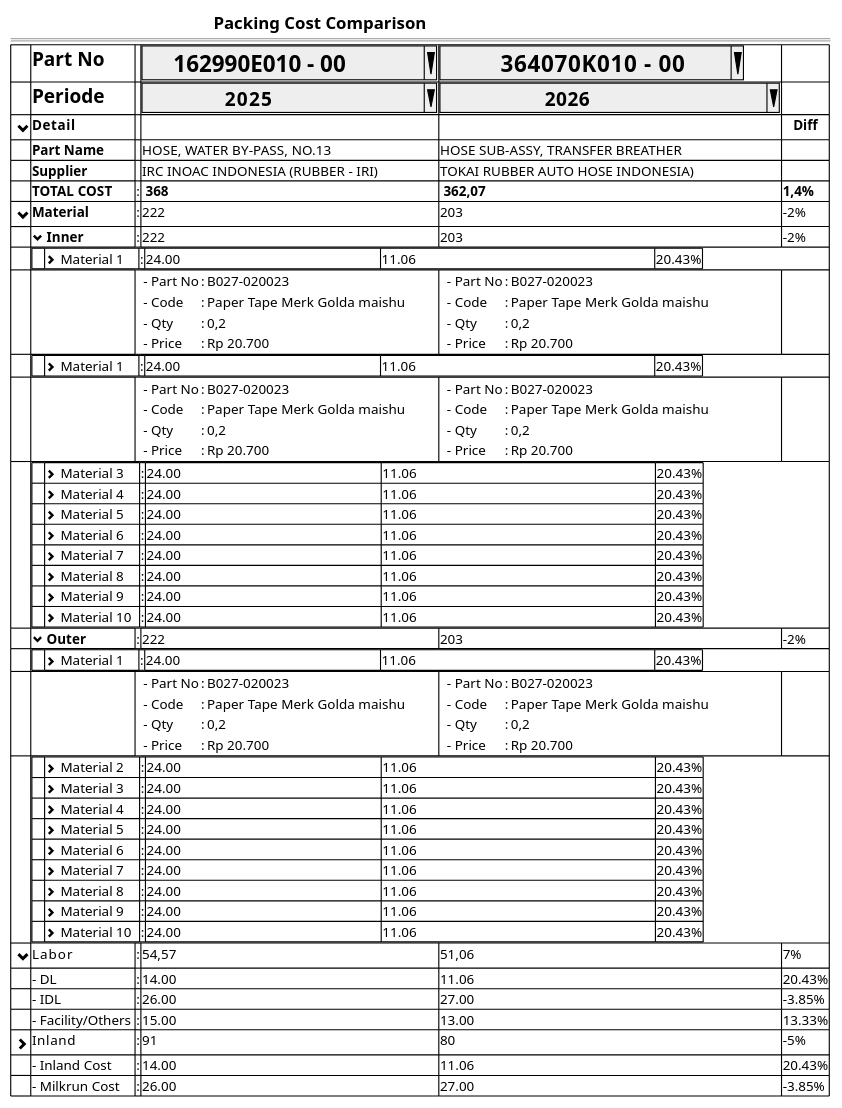
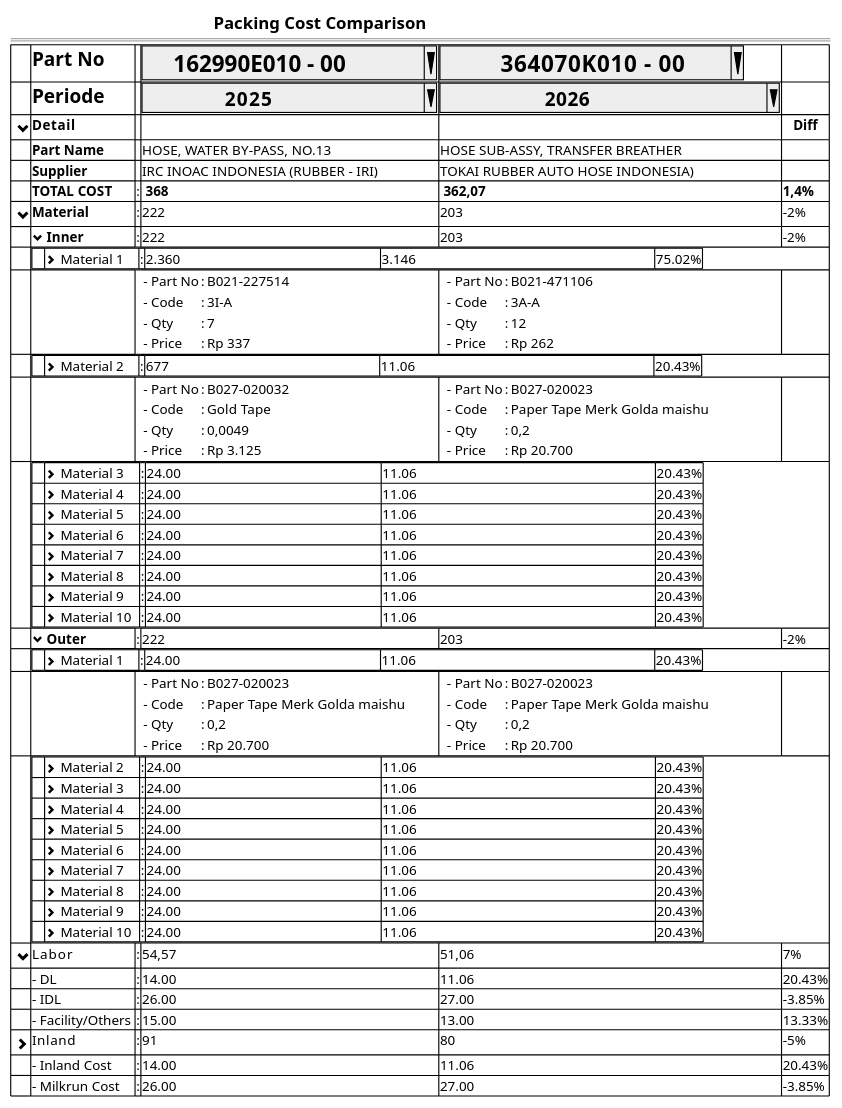
Before and after one commit to ari-fikri/packing-cost-mockup: the diagram in PPR/comparison/comparison1b.puml, drawn with PlantUML.

Commit message:
Realigning the table's columns width

```diff
--- a/PPR/comparison/comparison1b.puml
+++ b/PPR/comparison/comparison1b.puml
@@ -1,89 +1,89 @@
 @startsalt
 {
                                                             <b><size:15>Packing Cost Comparison
   ==
   {#
     |.|<b><size:17>Part No                    |.  |^<b><size:20>     162990E010 - 00           ^|^<b><size:20>         364070K010 - 00        ^|.|*
     |.|<b><size:17>Periode                    |.  |^<b><size:17>                 2025          ^|^<b><size:17>                     2026           ^|.|*
     |<size:15> <&chevron-bottom>     |<b>Detail           |  .| .                 | .             |   <b>Diff|*
     |.|<b>Part Name                  |.  |HOSE, WATER BY-PASS, NO.13         | HOSE SUB-ASSY, TRANSFER BREATHER        |.|*    
     |.|<b>Supplier                   |.  |IRC INOAC INDONESIA (RUBBER - IRI) | TOKAI RUBBER AUTO HOSE INDONESIA)       |.|*        
     |          .                  |<b>TOTAL COST            | : |<b> 368              |<b> 362,07          |<b>1,4% |*    
     |<size:15> <&chevron-bottom>  |<b>Material              | : | 222                 | 203                |-2%     |*
     |.                            |<&chevron-bottom><b> Inner              | : | 222                 | 203                |-2%     |*
     .|{#
-        |   |<&chevron-right> Material 1    	               |:  |	24.00                                                         |	11.06                                                                    |20.43%  |*
+        |   |<&chevron-right> Material 1    	               |:  |	2.360                                                         |	3.146                                                                    |75.02%  |*
       }|*|*|*|*|*      
       .|.|{ /' Cell 1'/
-        .| - Part No	 |:| B027-020023 |*
-        .| - Code      |:| Paper Tape Merk Golda maishu |*
-        .| - Qty	     |:| 0,2         |*
-        .| - Price 	   |:| Rp 20.700   |*
+        .| - Part No	 |:| B021-227514 |*
+        .| - Code      |:| 3I-A        |*
+        .| - Qty	     |:| 7           |*
+        .| - Price 	   |:| Rp 337      |*
       }|*|{ /' Cell 2'/
-        .| - Part No	 |:| B027-020023 |*
-        .| - Code      |:| Paper Tape Merk Golda maishu |*
-        .| - Qty	     |:| 0,2         |*
-        .| - Price 	   |:| Rp 20.700   |*
+        .| - Part No	 |:| B021-471106 |*
+        .| - Code      |:| 3A-A |*
+        .| - Qty	     |:| 12         |*
+        .| - Price 	   |:| Rp 262     |*
       }|*
     .|{#
-        |   |<&chevron-right> Material 1    	               |:  |	24.00                                                         |	11.06                                                                    |20.43%  |*
+        |   |<&chevron-right> Material 2    	               |:  | 677                                                            |	11.06                                                                    |20.43%  |*
       }|*|*|*|*|*
       .|.|{ /' Cell 1'/
-        .| - Part No	 |:| B027-020023 |*
-        .| - Code      |:| Paper Tape Merk Golda maishu |*
-        .| - Qty	     |:| 0,2         |*
-        .| - Price 	   |:| Rp 20.700   |*
+        .| - Part No	 |:| B027-020032 |*
+        .| - Code      |:| Gold Tape   |*
+        .| - Qty	     |:| 0,0049      |*
+        .| - Price 	   |:| Rp 3.125    |*
       }|*|{ /' Cell 2'/
         .| - Part No	 |:| B027-020023 |*
         .| - Code      |:| Paper Tape Merk Golda maishu |*
         .| - Qty	     |:| 0,2         |*
         .| - Price 	   |:| Rp 20.700   |*
       }|*
     .|{#
     |   |<&chevron-right> Material 3   |:  |	24.00                                                         |	11.06                                                                    |20.43%  |*
     |   |<&chevron-right> Material 4   |:  |	24.00                                                         |	11.06                                                                    |20.43%  |*
     |   |<&chevron-right> Material 5   |:  |	24.00                                                         |	11.06                                                                    |20.43%  |*
     |   |<&chevron-right> Material 6   |:  |	24.00                                                         |	11.06                                                                    |20.43%  |*
     |   |<&chevron-right> Material 7   |:  |	24.00                                                         |	11.06                                                                    |20.43%  |*
     |   |<&chevron-right> Material 8   |:  |	24.00                                                         |	11.06                                                                    |20.43%  |*
     |   |<&chevron-right> Material 9   |:  |	24.00                                                         |	11.06                                                                    |20.43%  |*
     |   |<&chevron-right> Material 10  |:  |	24.00                                                         |	11.06                                                                    |20.43%  |*
   }|*|*|*|*|*
     |.                            |<&chevron-bottom><b> Outer              | : | 222                 | 203                |-2%     |*
     .|{#
         |   |<&chevron-right> Material 1    	               |:  |	24.00                                                         |	11.06                                                                    |20.43%  |*
       }|*|*|*|*|*      
       .|.|{ /' Cell 1'/
         .| - Part No	 |:| B027-020023 |*
         .| - Code      |:| Paper Tape Merk Golda maishu |*
         .| - Qty	     |:| 0,2         |*
         .| - Price 	   |:| Rp 20.700   |*
       }|*|{ /' Cell 2'/
         .| - Part No	 |:| B027-020023 |*
         .| - Code      |:| Paper Tape Merk Golda maishu |*
         .| - Qty	     |:| 0,2         |*
         .| - Price 	   |:| Rp 20.700   |*
       }|*    
     .|{#
     |   |<&chevron-right> Material 2   |:  |	24.00                                                         |	11.06                                                                    |20.43%  |*
     |   |<&chevron-right> Material 3   |:  |	24.00                                                         |	11.06                                                                    |20.43%  |*
     |   |<&chevron-right> Material 4   |:  |	24.00                                                         |	11.06                                                                    |20.43%  |*
     |   |<&chevron-right> Material 5   |:  |	24.00                                                         |	11.06                                                                    |20.43%  |*
     |   |<&chevron-right> Material 6   |:  |	24.00                                                         |	11.06                                                                    |20.43%  |*
     |   |<&chevron-right> Material 7   |:  |	24.00                                                         |	11.06                                                                    |20.43%  |*
     |   |<&chevron-right> Material 8   |:  |	24.00                                                         |	11.06                                                                    |20.43%  |*
     |   |<&chevron-right> Material 9   |:  |	24.00                                                         |	11.06                                                                    |20.43%  |*
     |   |<&chevron-right> Material 10  |:  |	24.00                                                         |	11.06                                                                    |20.43%  |*
   }|*|*|*|*|*      
     |<size:15> <&chevron-bottom>  |Labor                 | : | 54,57               | 51,06              |7%      |*
     |.                            | - DL	               |:  |	14.00              |	11.06	            |20.43%  |*
     |.                            | - IDL	               |:  |	26.00              |	27.00	            |–3.85%  |*
     |.                            | - Facility/Others	   |:  |	15.00              |	13.00	            |13.33%  |*
       
     |<size:15> <&chevron-right>   |Inland                | : | 91                  | 80                 |-5%  |*    
     |.                            | - Inland Cost	       |:  |	14.00              |	11.06	            |20.43%  |*
     |.                            | - Milkrun Cost	      |:  |	26.00              |	27.00	            |–3.85%  |*    
   }
   
 }
 @endsalt
```
